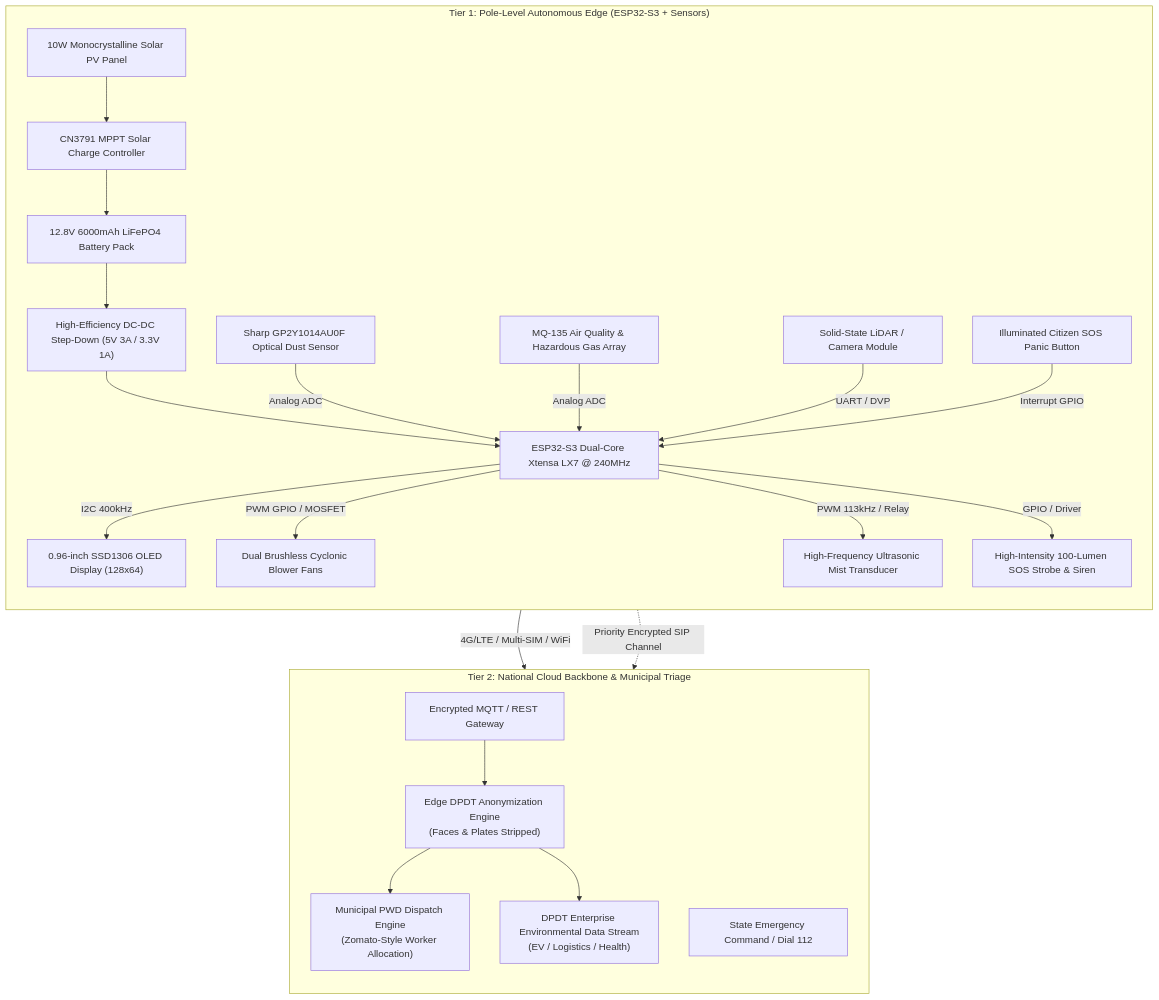
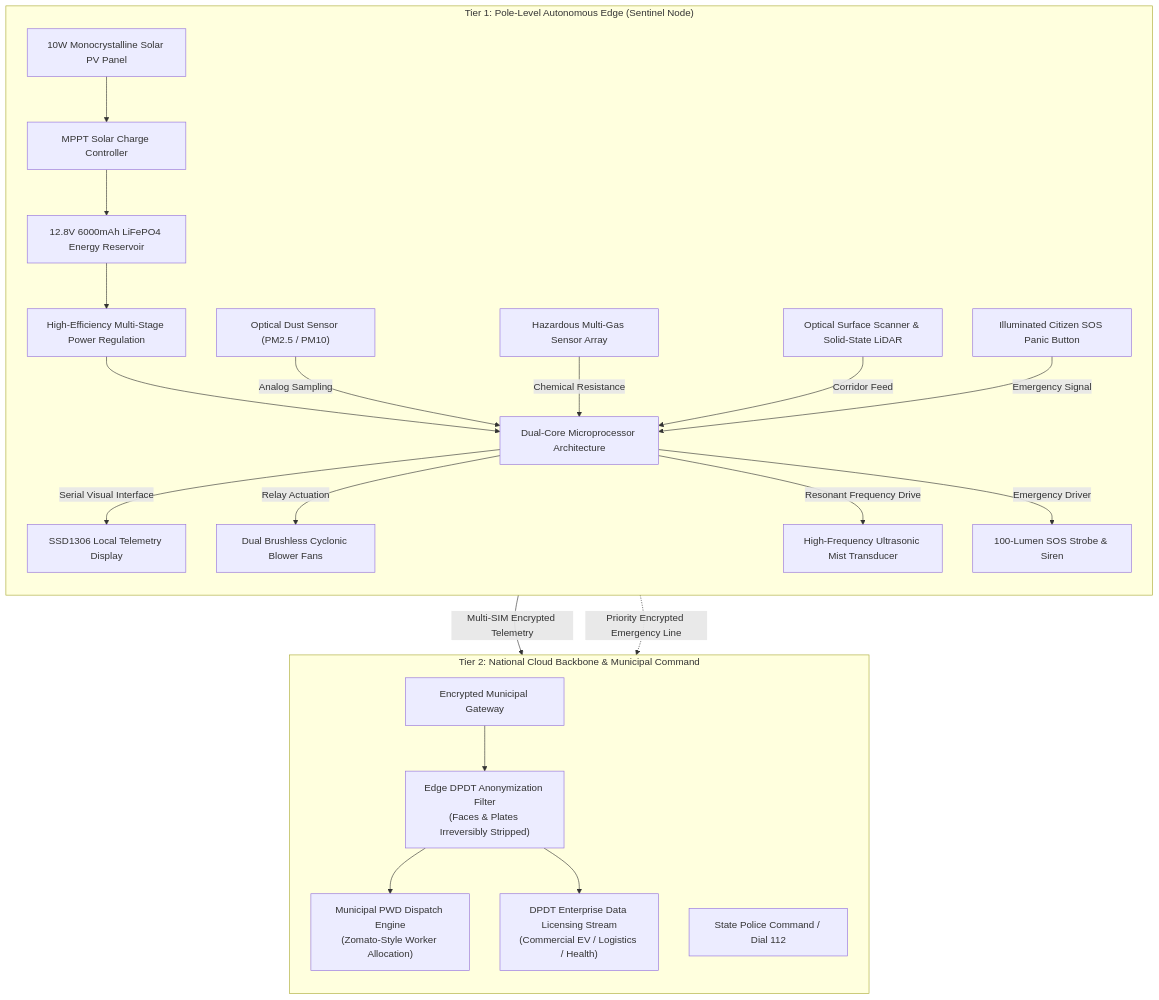
One commit to pranav520214/Eco-Guardian-Sentinel changed the diagram in docs/SYSTEM_ARCHITECTURE.md. Above: the diagram before and after it, drawn with Mermaid. The commit also changed other lines of this file and 12 other files, not shown here.

Commit message:
refactor: eliminate all code files; enrich repo with sacred Vedic Sanskrit shlokas and beautiful architectural prose

````diff
--- a/docs/SYSTEM_ARCHITECTURE.md
+++ b/docs/SYSTEM_ARCHITECTURE.md
@@ -11,30 +16,30 @@
 ```mermaid
 graph TB
-    subgraph Tier1_PoleLevel["Tier 1: Pole-Level Autonomous Edge (ESP32-S3 + Sensors)"]
+    subgraph Tier1_PoleLevel["Tier 1: Pole-Level Autonomous Edge (Sentinel Node)"]
         direction TB
-        PV["10W Monocrystalline Solar PV Panel"] --> MPPT["CN3791 MPPT Solar Charge Controller"]
-        MPPT --> BATT["12.8V 6000mAh LiFePO4 Battery Pack"]
-        BATT --> BUCK["High-Efficiency DC-DC Step-Down (5V 3A / 3.3V 1A)"]
+        PV["10W Monocrystalline Solar PV Panel"] --> MPPT["MPPT Solar Charge Controller"]
+        MPPT --> BATT["12.8V 6000mAh LiFePO4 Energy Reservoir"]
+        BATT --> BUCK["High-Efficiency Multi-Stage Power Regulation"]
         
-        BUCK --> MCU["ESP32-S3 Dual-Core Xtensa LX7 @ 240MHz"]
+        BUCK --> MCU["Dual-Core Microprocessor Architecture"]
         
-        S_DUST["Sharp GP2Y1014AU0F Optical Dust Sensor"] -->|Analog ADC| MCU
-        S_GAS["MQ-135 Air Quality & Hazardous Gas Array"] -->|Analog ADC| MCU
-        S_LIDAR["Solid-State LiDAR / Camera Module"] -->|UART / DVP| MCU
-        BTN_SOS["Illuminated Citizen SOS Panic Button"] -->|Interrupt GPIO| MCU
+        S_DUST["Optical Dust Sensor (PM2.5 / PM10)"] -->|Analog Sampling| MCU
+        S_GAS["Hazardous Multi-Gas Sensor Array"] -->|Chemical Resistance| MCU
+        S_LIDAR["Optical Surface Scanner & Solid-State LiDAR"] -->|Corridor Feed| MCU
+        BTN_SOS["Illuminated Citizen SOS Panic Button"] -->|Emergency Signal| MCU
         
-        MCU -->|I2C 400kHz| OLED["0.96-inch SSD1306 OLED Display (128x64)"]
-        MCU -->|PWM GPIO / MOSFET| BLOWERS["Dual Brushless Cyclonic Blower Fans"]
-        MCU -->|PWM 113kHz / Relay| MIST["High-Frequency Ultrasonic Mist Transducer"]
-        MCU -->|GPIO / Driver| STROBE["High-Intensity 100-Lumen SOS Strobe & Siren"]
+        MCU -->|Serial Visual Interface| OLED["SSD1306 Local Telemetry Display"]
+        MCU -->|Relay Actuation| BLOWERS["Dual Brushless Cyclonic Blower Fans"]
+        MCU -->|Resonant Frequency Drive| MIST["High-Frequency Ultrasonic Mist Transducer"]
+        MCU -->|Emergency Driver| STROBE["100-Lumen SOS Strobe & Siren"]
     end
 
-    subgraph Tier2_CloudLevel["Tier 2: National Cloud Backbone & Municipal Triage"]
+    subgraph Tier2_CloudLevel["Tier 2: National Cloud Backbone & Municipal Command"]
         direction TB
-        MCU -->|4G/LTE / Multi-SIM / WiFi| GATEWAY["Encrypted MQTT / REST Gateway"]
-        GATEWAY --> ANONYM["Edge DPDT Anonymization Engine<br/>(Faces & Plates Stripped)"]
+        MCU -->|Multi-SIM Encrypted Telemetry| GATEWAY["Encrypted Municipal Gateway"]
+        GATEWAY --> ANONYM["Edge DPDT Anonymization Filter<br/>(Faces & Plates Irreversibly Stripped)"]
         ANONYM --> DISPATCH["Municipal PWD Dispatch Engine<br/>(Zomato-Style Worker Allocation)"]
-        ANONYM --> DATA_API["DPDT Enterprise Environmental Data Stream<br/>(EV / Logistics / Health)"]
-        BTN_SOS -.->|Priority Encrypted SIP Channel| POLICE["State Emergency Command / Dial 112"]
+        ANONYM --> DATA_API["DPDT Enterprise Data Licensing Stream<br/>(Commercial EV / Logistics / Health)"]
+        BTN_SOS -.->|Priority Encrypted Emergency Line| POLICE["State Police Command / Dial 112"]
     end
 ```
````
